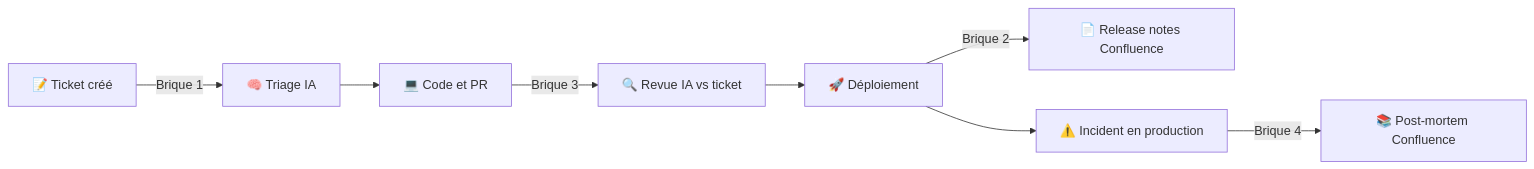
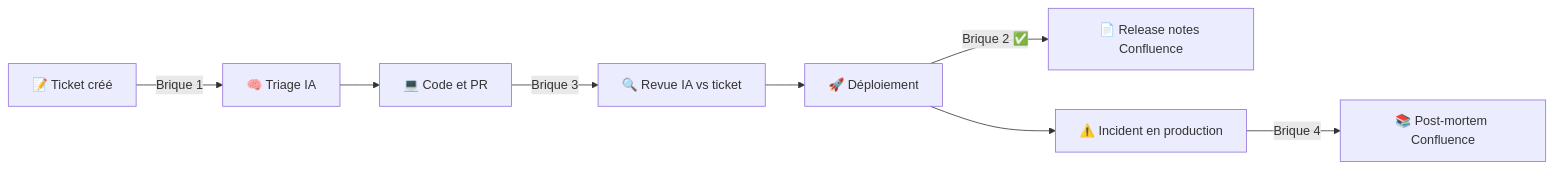
Before and after one commit to mbahnis/POC-AI-Atlassian: the diagram in README.md, drawn with Mermaid. The commit also changed other lines of this file and 4 other files, not shown here.

````diff
--- a/README.md
+++ b/README.md
@@ -39,10 +39,10 @@
 ```mermaid
 flowchart LR
     A[📝 Ticket créé] -->|Brique 1| B[🧠 Triage IA]
     B --> C[💻 Code et PR]
     C -->|Brique 3| D[🔍 Revue IA vs ticket]
     D --> E[🚀 Déploiement]
-    E -->|Brique 2| F[📄 Release notes Confluence]
+    E -->|Brique 2 ✅| F[📄 Release notes Confluence]
     E --> G[⚠️ Incident en production]
     G -->|Brique 4| H[📚 Post-mortem Confluence]
 ```
````
